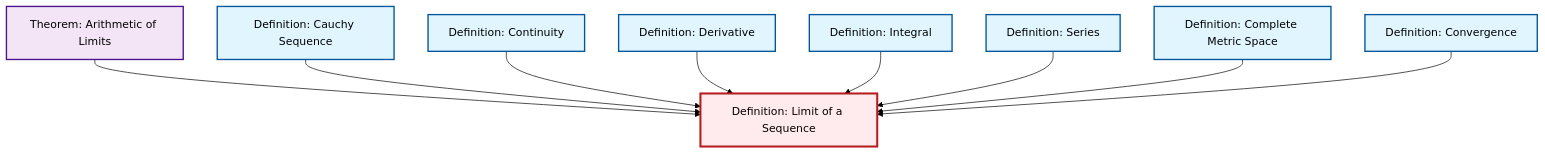
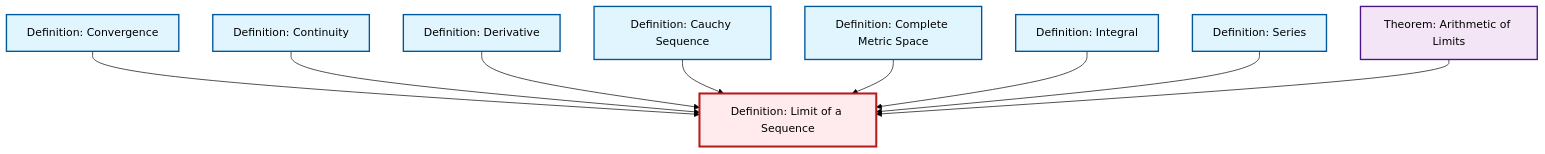
Before and after one commit to RK0429/ModernMath: the diagram in content/ja/analysis/def-limit.qmd, drawn with Mermaid (forest theme). The commit also changed other lines of this file and 597 other files, not shown here.

````diff
--- a/content/ja/analysis/def-limit.qmd
+++ b/content/ja/analysis/def-limit.qmd
@@ -49,35 +49,35 @@
 ```{mermaid}
 %%| fig-cap: "Local dependency graph"
 graph TD
     classDef definition fill:#e1f5fe,stroke:#01579b,stroke-width:2px
     classDef theorem fill:#f3e5f5,stroke:#4a148c,stroke-width:2px
     classDef axiom fill:#fff3e0,stroke:#e65100,stroke-width:2px
     classDef example fill:#e8f5e9,stroke:#1b5e20,stroke-width:2px
     classDef current fill:#ffebee,stroke:#b71c1c,stroke-width:3px
+    def-integral["Definition: Integral"]:::definition
+    def-derivative["Definition: Derivative"]:::definition
+    def-complete-metric-space["Definition: Complete Metric Space"]:::definition
+    def-series["Definition: Series"]:::definition
     thm-limit-arithmetic["Theorem: Arithmetic of Limits"]:::theorem
-    def-integral["Definition: Integral"]:::definition
+    def-cauchy-sequence["Definition: Cauchy Sequence"]:::definition
     def-convergence["Definition: Convergence"]:::definition
-    def-series["Definition: Series"]:::definition
-    def-cauchy-sequence["Definition: Cauchy Sequence"]:::definition
     def-limit["Definition: Limit of a Sequence"]:::definition
-    def-derivative["Definition: Derivative"]:::definition
     def-continuity["Definition: Continuity"]:::definition
-    def-complete-metric-space["Definition: Complete Metric Space"]:::definition
-    thm-limit-arithmetic --> def-limit
-    def-cauchy-sequence --> def-limit
+    def-convergence --> def-limit
     def-continuity --> def-limit
     def-derivative --> def-limit
+    def-cauchy-sequence --> def-limit
+    def-complete-metric-space --> def-limit
     def-integral --> def-limit
     def-series --> def-limit
-    def-complete-metric-space --> def-limit
-    def-convergence --> def-limit
+    thm-limit-arithmetic --> def-limit
     class def-limit current
+    click def-integral "def-integral.html" "Definition: Integralへ"
+    click def-derivative "def-derivative.html" "Definition: Derivativeへ"
+    click def-complete-metric-space "def-complete-metric-space.html" "Definition: Complete Metric Spaceへ"
+    click def-series "def-series.html" "Definition: Seriesへ"
     click thm-limit-arithmetic "thm-limit-arithmetic.html" "Theorem: Arithmetic of Limitsへ"
-    click def-integral "def-integral.html" "Definition: Integralへ"
+    click def-cauchy-sequence "def-cauchy-sequence.html" "Definition: Cauchy Sequenceへ"
     click def-convergence "def-convergence.html" "Definition: Convergenceへ"
-    click def-series "def-series.html" "Definition: Seriesへ"
-    click def-cauchy-sequence "def-cauchy-sequence.html" "Definition: Cauchy Sequenceへ"
-    click def-derivative "def-derivative.html" "Definition: Derivativeへ"
     click def-continuity "def-continuity.html" "Definition: Continuityへ"
-    click def-complete-metric-space "def-complete-metric-space.html" "Definition: Complete Metric Spaceへ"
 ```
````
